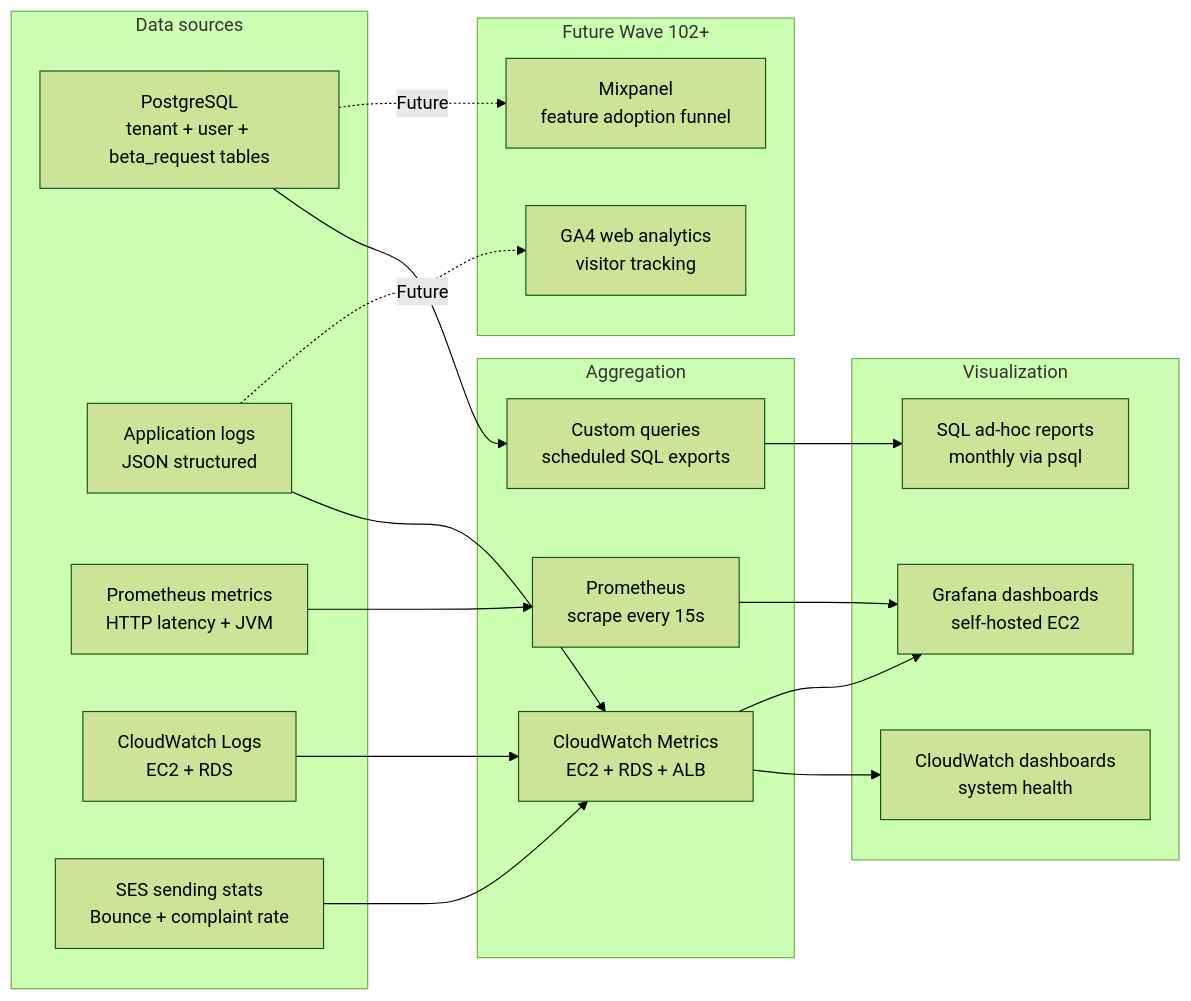
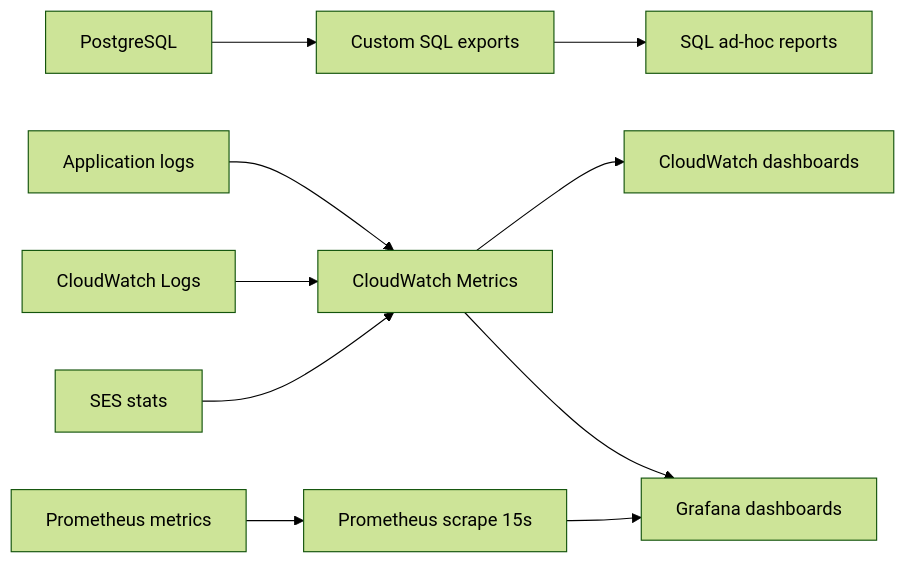
The fourth of 5 diagrams in documents/08-thesis/chapter-4-deployment-results.md (VictorAurelius/2026-Kite-Class-Platform), drawn with Mermaid (forest theme) before and after one commit. The commit also changed other lines of this file and 13 other files, not shown here.

````diff
--- a/documents/08-thesis/chapter-4-deployment-results.md
+++ b/documents/08-thesis/chapter-4-deployment-results.md
@@ -385,41 +259,10 @@
 ```mermaid
 flowchart LR
-    subgraph "Data sources"
-        DB[PostgreSQL<br/>tenant + user + beta_request tables]
-        AppLog[Application logs<br/>JSON structured]
-        Metrics[Prometheus metrics<br/>HTTP latency + JVM]
-        CWLog[CloudWatch Logs<br/>EC2 + RDS]
-        SES_Stats[SES sending stats<br/>Bounce + complaint rate]
-    end
-
-    subgraph "Aggregation"
-        Prom[Prometheus<br/>scrape every 15s]
-        CW[CloudWatch Metrics<br/>EC2 + RDS + ALB]
-        Custom[Custom queries<br/>scheduled SQL exports]
-    end
-
-    subgraph "Visualization"
-        Grafana[Grafana dashboards<br/>self-hosted EC2]
-        CW_Dash[CloudWatch dashboards<br/>system health]
-        SQL_Report[SQL ad-hoc reports<br/>monthly via psql]
-    end
-
-    subgraph "Future Wave 102+"
-        GA4[GA4 web analytics<br/>visitor tracking]
-        Mixpanel[Mixpanel<br/>feature adoption funnel]
-    end
-
-    DB --> Custom
-    AppLog --> CW
-    Metrics --> Prom
-    CWLog --> CW
-    SES_Stats --> CW
-
-    Prom --> Grafana
-    CW --> CW_Dash
+    DB[PostgreSQL] --> SQL[Custom SQL exports] --> Reports[SQL ad-hoc reports]
+    AppLog[Application logs] --> CW[CloudWatch Metrics]
+    Metrics[Prometheus metrics] --> Prom[Prometheus scrape 15s] --> Grafana[Grafana dashboards]
+    CWLog[CloudWatch Logs] --> CW
+    SES_Stats[SES stats] --> CW
+    CW --> CW_Dash[CloudWatch dashboards]
     CW --> Grafana
-    Custom --> SQL_Report
-
-    DB -.->|Future| Mixpanel
-    AppLog -.->|Future| GA4
 ```
````
